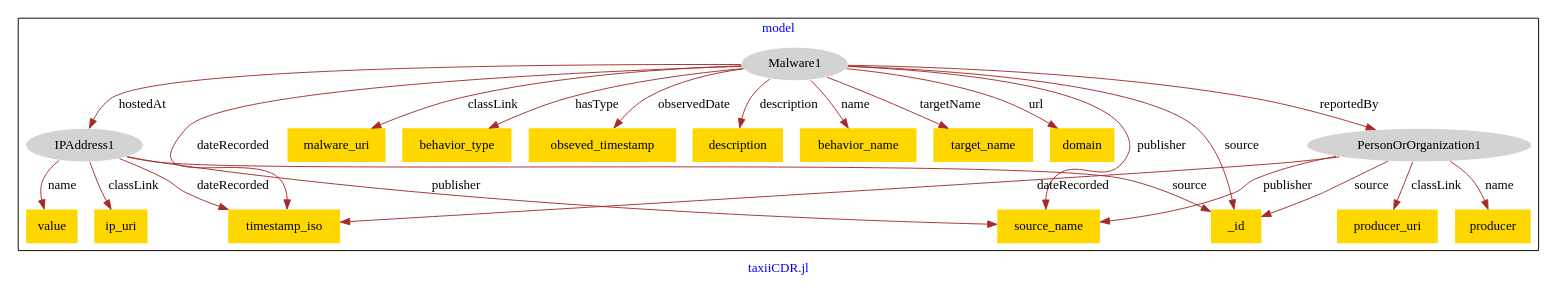
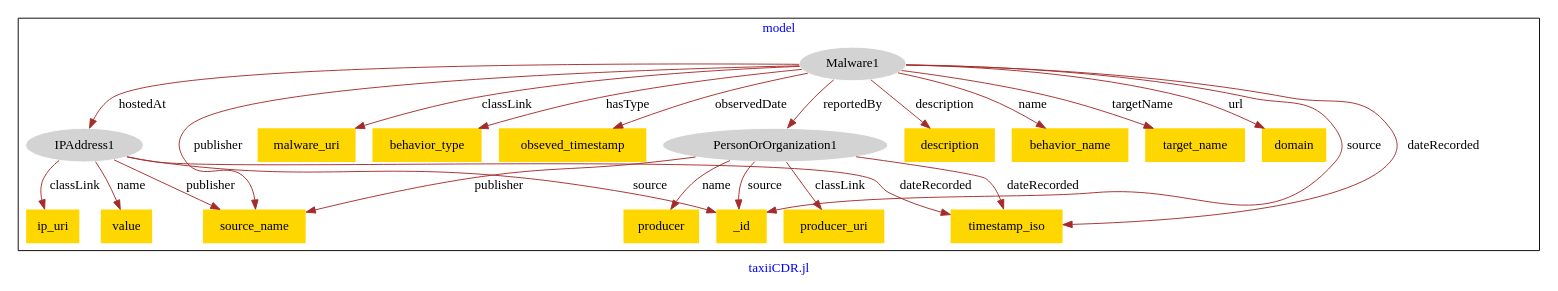
One commit to usc-isi-i2/effect-alignment changed the diagram in models/hg-taxii/hg_taxii-model.dot. Above: the diagram before and after it, drawn with Graphviz.

Commit message:
Update file hg_taxii-model.dot

```diff
--- a/models/hg-taxii/hg_taxii-model.dot
+++ b/models/hg-taxii/hg_taxii-model.dot
@@ -1,47 +1,47 @@
 digraph n0 {
 fontcolor="blue"
 remincross="true"
 label="taxiiCDR.jl"
 subgraph cluster {
 label="model"
 n2[style="filled",color="white",fillcolor="lightgray",label="IPAddress1"];
 n3[shape="plaintext",style="filled",fillcolor="gold",label="ip_uri"];
-n4[shape="plaintext",style="filled",fillcolor="gold",label="timestamp_iso"];
-n5[shape="plaintext",style="filled",fillcolor="gold",label="value"];
+n4[shape="plaintext",style="filled",fillcolor="gold",label="value"];
+n5[shape="plaintext",style="filled",fillcolor="gold",label="source_name"];
 n6[style="filled",color="white",fillcolor="lightgray",label="Malware1"];
 n7[shape="plaintext",style="filled",fillcolor="gold",label="malware_uri"];
 n8[shape="plaintext",style="filled",fillcolor="gold",label="behavior_type"];
 n9[shape="plaintext",style="filled",fillcolor="gold",label="obseved_timestamp"];
-n10[shape="plaintext",style="filled",fillcolor="gold",label="description"];
-n11[shape="plaintext",style="filled",fillcolor="gold",label="behavior_name"];
-n12[shape="plaintext",style="filled",fillcolor="gold",label="target_name"];
-n13[shape="plaintext",style="filled",fillcolor="gold",label="domain"];
-n14[style="filled",color="white",fillcolor="lightgray",label="PersonOrOrganization1"];
+n10[style="filled",color="white",fillcolor="lightgray",label="PersonOrOrganization1"];
+n11[shape="plaintext",style="filled",fillcolor="gold",label="description"];
+n12[shape="plaintext",style="filled",fillcolor="gold",label="behavior_name"];
+n13[shape="plaintext",style="filled",fillcolor="gold",label="target_name"];
+n14[shape="plaintext",style="filled",fillcolor="gold",label="domain"];
 n15[shape="plaintext",style="filled",fillcolor="gold",label="producer_uri"];
-n16[shape="plaintext",style="filled",fillcolor="gold",label="producer"];
-n17[shape="plaintext",style="filled",fillcolor="gold",label="source_name"];
+n16[shape="plaintext",style="filled",fillcolor="gold",label="timestamp_iso"];
+n17[shape="plaintext",style="filled",fillcolor="gold",label="producer"];
 n18[shape="plaintext",style="filled",fillcolor="gold",label="_id"];
 }
 n2 -> n3[color="brown",fontcolor="black",label="classLink"]
-n2 -> n4[color="brown",fontcolor="black",label="dateRecorded"]
-n2 -> n5[color="brown",fontcolor="black",label="name"]
+n2 -> n4[color="brown",fontcolor="black",label="name"]
+n2 -> n5[color="brown",fontcolor="black",label="publisher"]
 n6 -> n7[color="brown",fontcolor="black",label="classLink"]
-n6 -> n4[color="brown",fontcolor="black",label="dateRecorded"]
 n6 -> n8[color="brown",fontcolor="black",label="hasType"]
 n6 -> n9[color="brown",fontcolor="black",label="observedDate"]
-n6 -> n10[color="brown",fontcolor="black",label="description"]
-n6 -> n11[color="brown",fontcolor="black",label="name"]
-n6 -> n12[color="brown",fontcolor="black",label="targetName"]
-n6 -> n13[color="brown",fontcolor="black",label="url"]
-n14 -> n15[color="brown",fontcolor="black",label="classLink"]
-n14 -> n4[color="brown",fontcolor="black",label="dateRecorded"]
-n14 -> n16[color="brown",fontcolor="black",label="name"]
-n14 -> n17[color="brown",fontcolor="black",label="publisher"]
-n14 -> n18[color="brown",fontcolor="black",label="source"]
-n2 -> n17[color="brown",fontcolor="black",label="publisher"]
-n6 -> n14[color="brown",fontcolor="black",label="reportedBy"]
+n6 -> n10[color="brown",fontcolor="black",label="reportedBy"]
+n6 -> n11[color="brown",fontcolor="black",label="description"]
+n6 -> n12[color="brown",fontcolor="black",label="name"]
+n6 -> n13[color="brown",fontcolor="black",label="targetName"]
+n6 -> n14[color="brown",fontcolor="black",label="url"]
+n10 -> n15[color="brown",fontcolor="black",label="classLink"]
+n10 -> n16[color="brown",fontcolor="black",label="dateRecorded"]
+n10 -> n17[color="brown",fontcolor="black",label="name"]
+n10 -> n5[color="brown",fontcolor="black",label="publisher"]
+n10 -> n18[color="brown",fontcolor="black",label="source"]
+n6 -> n5[color="brown",fontcolor="black",label="publisher"]
+n6 -> n2[color="brown",fontcolor="black",label="hostedAt"]
+n6 -> n16[color="brown",fontcolor="black",label="dateRecorded"]
 n6 -> n18[color="brown",fontcolor="black",label="source"]
 n2 -> n18[color="brown",fontcolor="black",label="source"]
-n6 -> n2[color="brown",fontcolor="black",label="hostedAt"]
-n6 -> n17[color="brown",fontcolor="black",label="publisher"]
+n2 -> n16[color="brown",fontcolor="black",label="dateRecorded"]
 }
```
